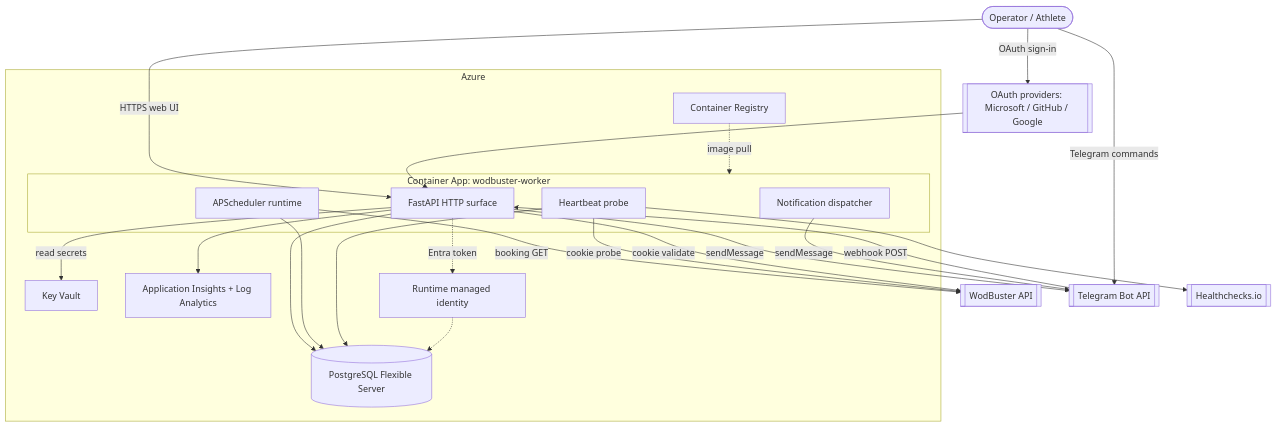
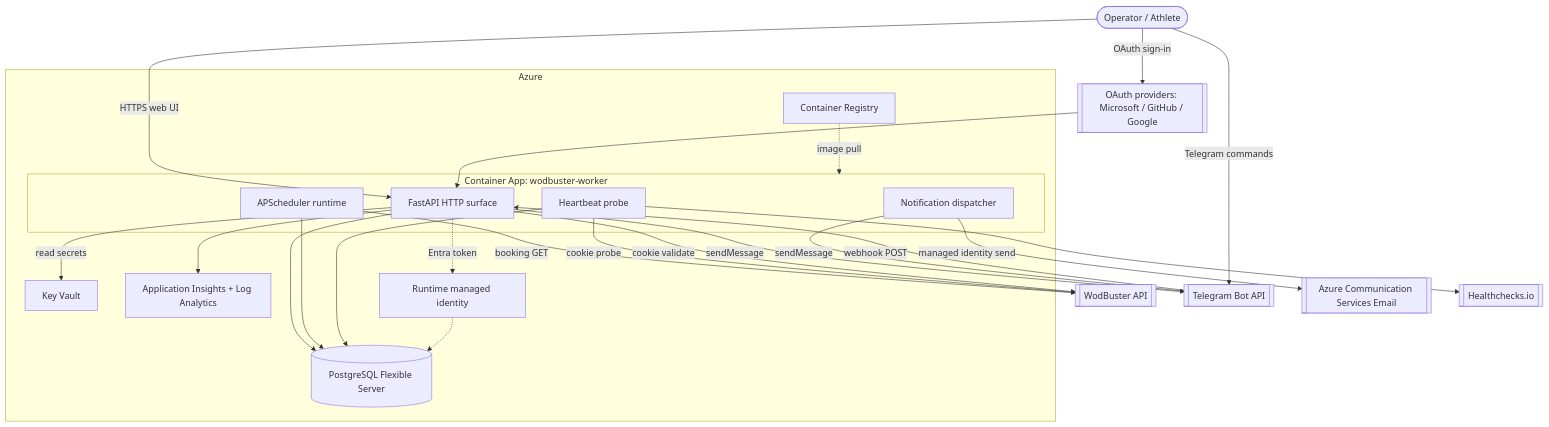
The first of 4 diagrams in docs/DEVELOPER_GUIDE.md (jluqueba/wodbuster-booking-scheduler), drawn with Mermaid before and after one commit. The commit also changed other lines of this file and 17 other files, not shown here.

````diff
--- a/docs/DEVELOPER_GUIDE.md
+++ b/docs/DEVELOPER_GUIDE.md
@@ -52,46 +55,48 @@
 ```mermaid
 flowchart TB
     operator([Operator / Athlete])
 
     subgraph azure[Azure]
         subgraph aca[Container App: wodbuster-worker]
             api[FastAPI HTTP surface]
             sched[APScheduler runtime]
             hb[Heartbeat probe]
             disp[Notification dispatcher]
         end
         pg[(PostgreSQL Flexible Server)]
         kv[Key Vault]
         acr[Container Registry]
         appi[Application Insights + Log Analytics]
         uami[Runtime managed identity]
     end
 
     wb[[WodBuster API]]
     tg[[Telegram Bot API]]
+    email[[Azure Communication Services Email]]
     oauth[[OAuth providers: Microsoft / GitHub / Google]]
     hc[[Healthchecks.io]]
 
     operator -->|HTTPS web UI| api
     operator -->|OAuth sign-in| oauth
     oauth --> api
     operator -->|Telegram commands| tg
     tg -->|webhook POST| api
     api -->|sendMessage| tg
     disp -->|sendMessage| tg
+    disp -->|managed identity send| email
 
     api --> pg
     sched --> pg
     hb --> pg
     sched -->|booking GET| wb
     hb -->|cookie probe| wb
     api -->|cookie validate| wb
 
     api -.->|Entra token| uami
     uami -.-> pg
     api -->|read secrets| kv
     api --> appi
     hb --> hc
 
     acr -.->|image pull| aca
 ```
````
